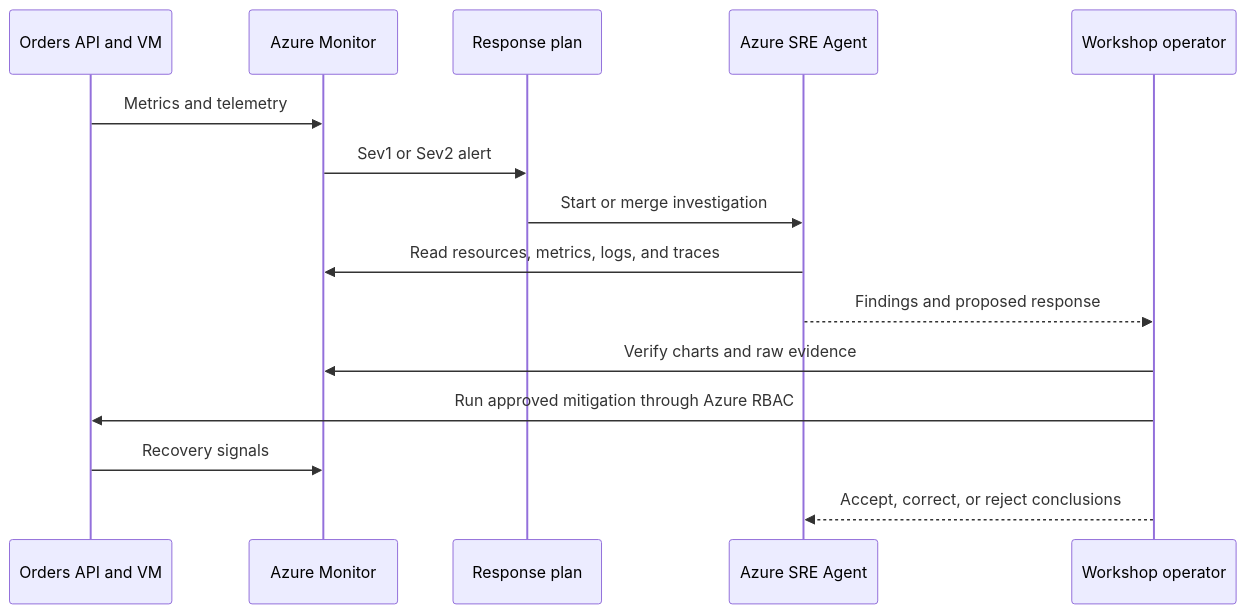
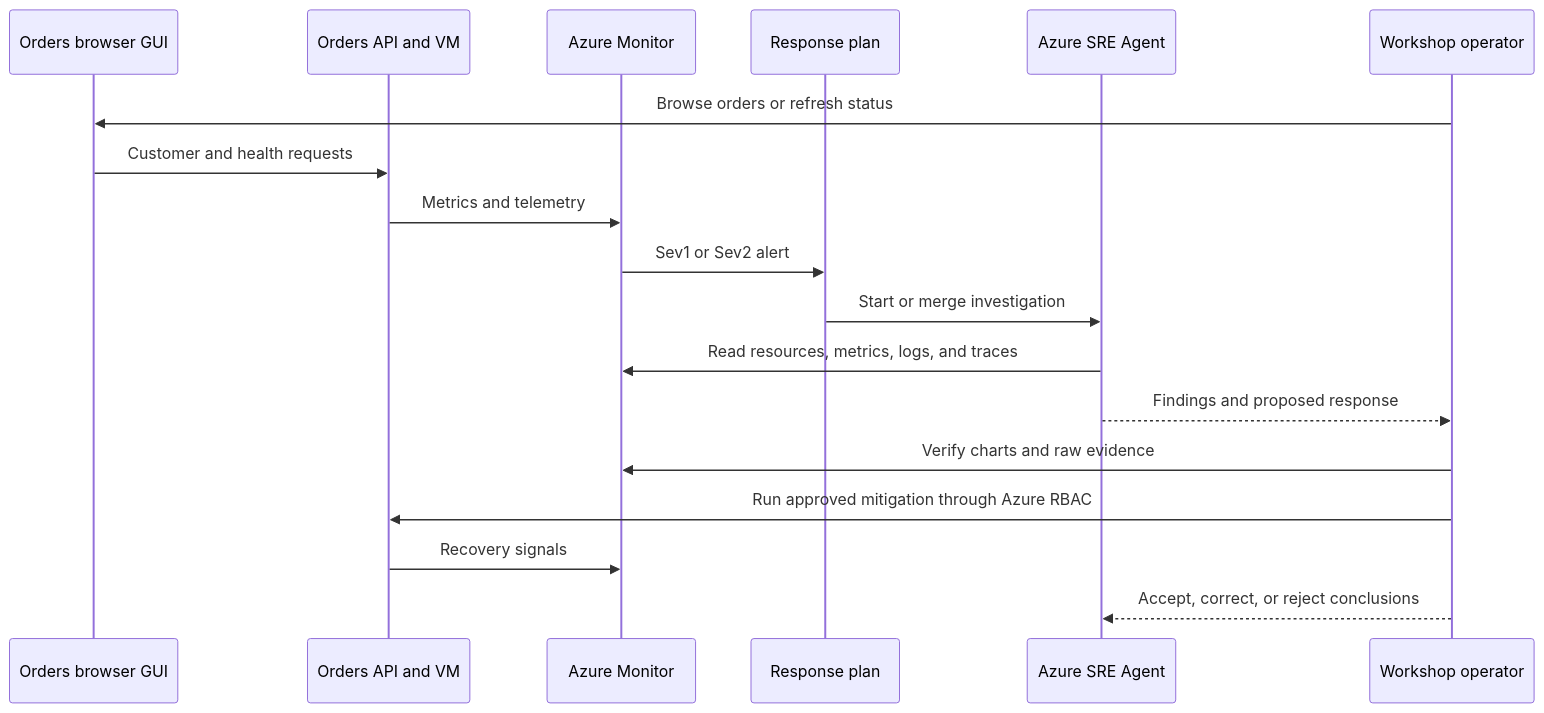
One commit to charliekw411/sre-agent-workshop changed the diagram in docs/sre/02-operate-response-plan/index.md. Above: the diagram before and after it, drawn with Mermaid. The commit also changed other lines of this file and 22 other files, not shown here.

First line of the commit message:
feat: add browser GUI for the Orders API (#23)

````diff
--- a/docs/sre/02-operate-response-plan/index.md
+++ b/docs/sre/02-operate-response-plan/index.md
@@ -49,18 +50,21 @@
 ```mermaid
 sequenceDiagram
+    participant GUI as Orders browser GUI
     participant API as Orders API and VM
     participant Monitor as Azure Monitor
     participant Plan as Response plan
     participant Agent as Azure SRE Agent
     participant Human as Workshop operator
 
+    Human->>GUI: Browse orders or refresh status
+    GUI->>API: Customer and health requests
     API->>Monitor: Metrics and telemetry
     Monitor->>Plan: Sev1 or Sev2 alert
     Plan->>Agent: Start or merge investigation
     Agent->>Monitor: Read resources, metrics, logs, and traces
     Agent-->>Human: Findings and proposed response
     Human->>Monitor: Verify charts and raw evidence
     Human->>API: Run approved mitigation through Azure RBAC
     API->>Monitor: Recovery signals
     Human-->>Agent: Accept, correct, or reject conclusions
 ```
````
